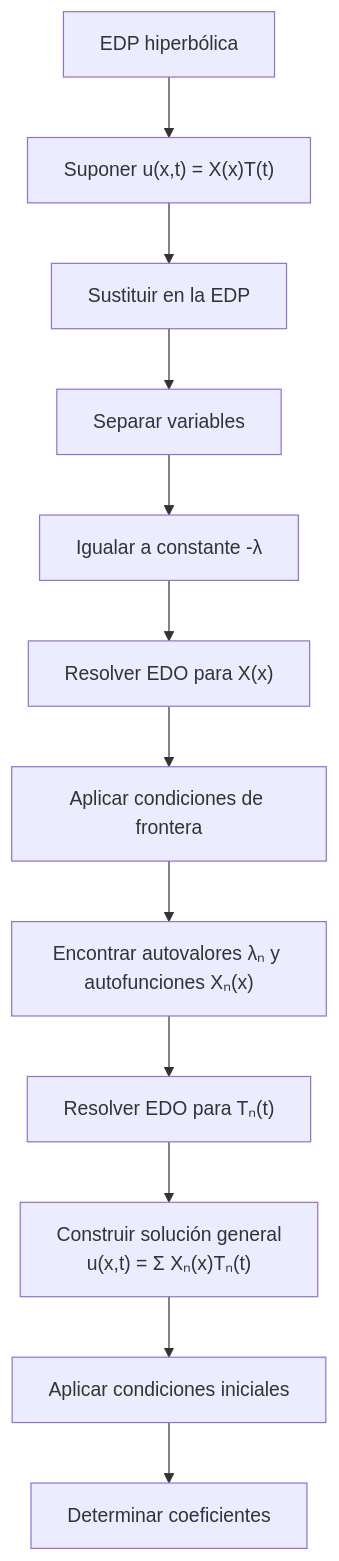
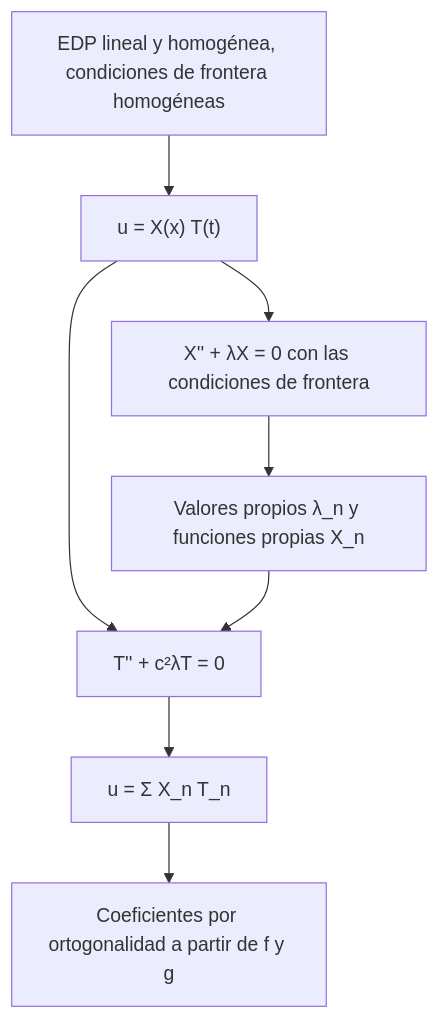
Before and after one commit to djaimej/computer-science-template: the diagram in public/documents/semester-4/3/4365.md, drawn with Mermaid. The commit also changed other lines of this file and 4 other files, not shown here.

````diff
--- a/public/documents/semester-4/3/4365.md
+++ b/public/documents/semester-4/3/4365.md
@@ -25,14 +37,10 @@
 ```mermaid
 flowchart TD
-    A[EDP hiperbólica] --> B["Suponer u(x,t) = X(x)T(t)"]
-    B --> C[Sustituir en la EDP]
-    C --> D[Separar variables]
-    D --> E[Igualar a constante -λ]
-    E --> F["Resolver EDO para X(x)"]
-    F --> G[Aplicar condiciones de frontera]
-    G --> H["Encontrar autovalores λₙ y autofunciones Xₙ(x)"]
-    H --> I["Resolver EDO para Tₙ(t)"]
-    I --> J["Construir solución general<br>u(x,t) = Σ Xₙ(x)Tₙ(t)"]
-    J --> K[Aplicar condiciones iniciales]
-    K --> L[Determinar coeficientes]
+    A["EDP lineal y homogénea, condiciones de frontera homogéneas"] --> B["u = X(x) T(t)"]
+    B --> C["X'' + λX = 0 con las condiciones de frontera"]
+    B --> D["T'' + c²λT = 0"]
+    C --> E["Valores propios λ_n y funciones propias X_n"]
+    E --> D
+    D --> F["u = Σ X_n T_n"]
+    F --> G["Coeficientes por ortogonalidad a partir de f y g"]
 ```
````
